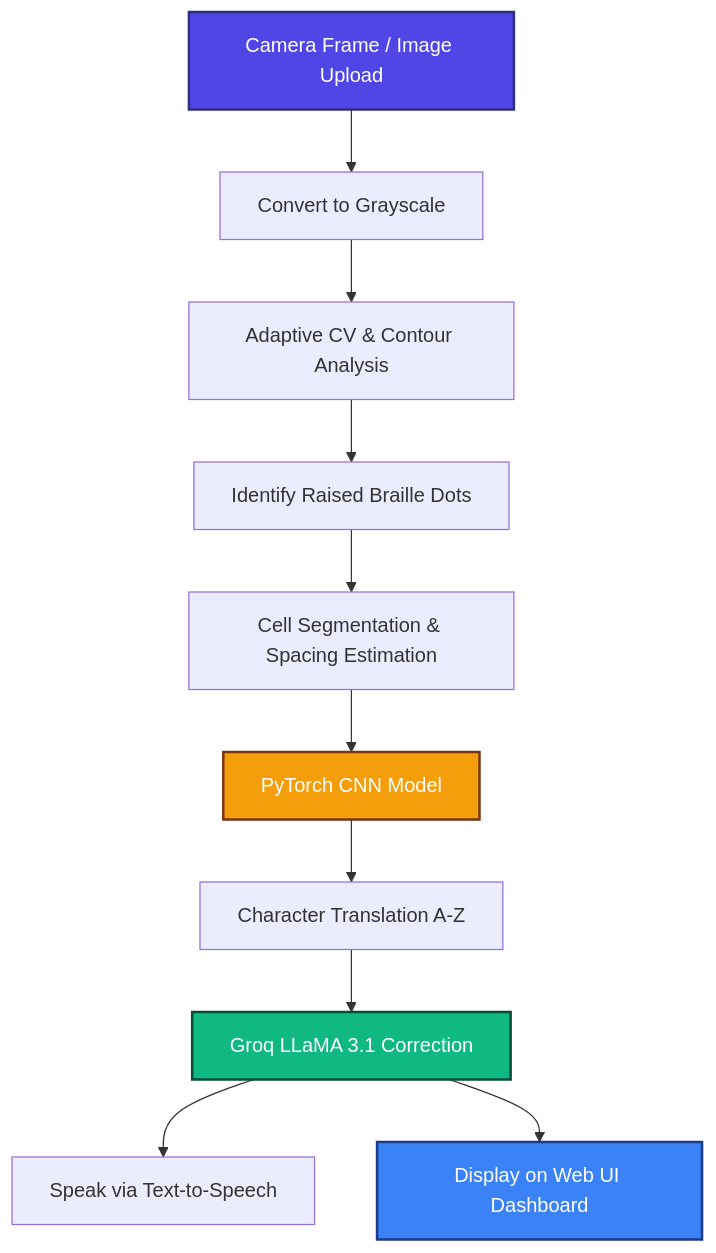
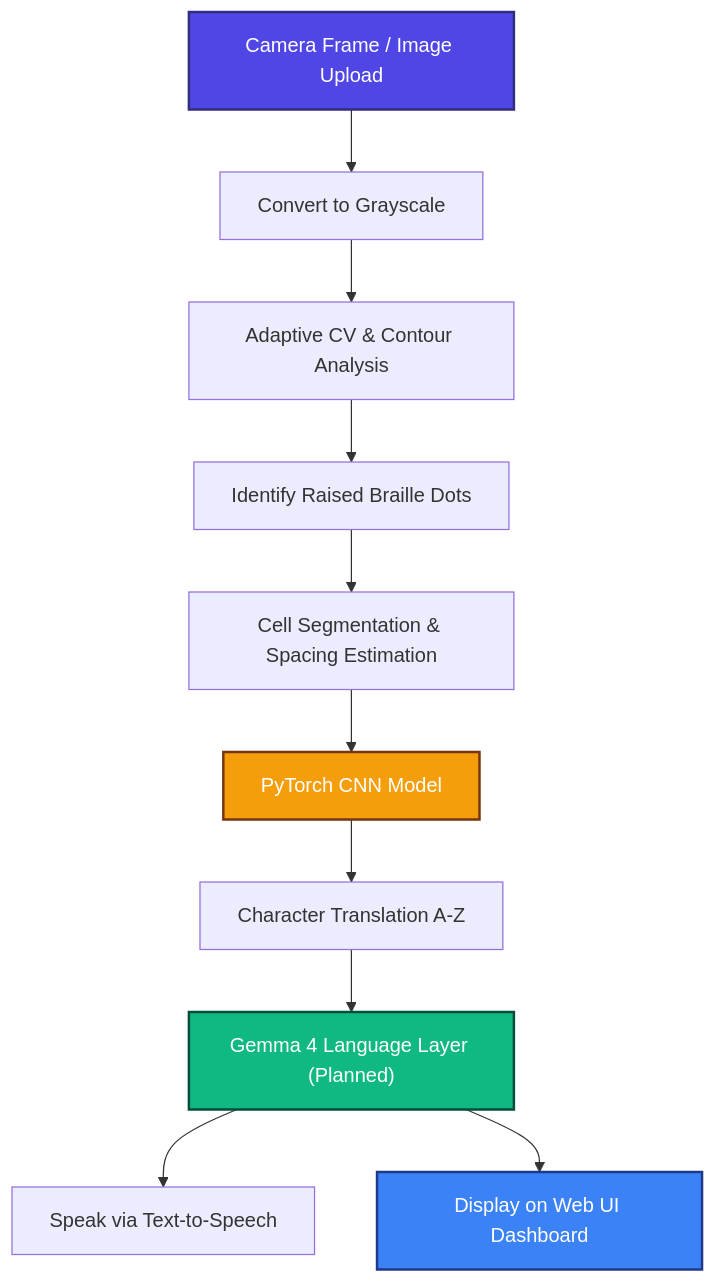
Before and after one commit to ayushkumar2601/gemma_brailley: the diagram in README.md, drawn with Mermaid. The commit also changed other lines of this file, not shown here.

````diff
--- a/README.md
+++ b/README.md
@@ -39,16 +79,16 @@
 ```mermaid
 graph TD
     A[Camera Frame / Image Upload] --> B[Convert to Grayscale]
     B --> C[Adaptive CV & Contour Analysis]
     C --> D[Identify Raised Braille Dots]
     D --> E[Cell Segmentation & Spacing Estimation]
     E --> F[PyTorch CNN Model]
     F --> G[Character Translation A-Z]
-    G --> H[Groq LLaMA 3.1 Correction]
+    G --> H["Gemma 4 Language Layer (Planned)"]
     H --> I[Speak via Text-to-Speech]
     H --> J[Display on Web UI Dashboard]
     style A fill:#4F46E5,stroke:#312E81,stroke-width:2px,color:#fff
     style F fill:#F59E0B,stroke:#78350F,stroke-width:2px,color:#fff
     style H fill:#10B981,stroke:#064E3B,stroke-width:2px,color:#fff
     style J fill:#3B82F6,stroke:#1E3A8A,stroke-width:2px,color:#fff
 ```
````
